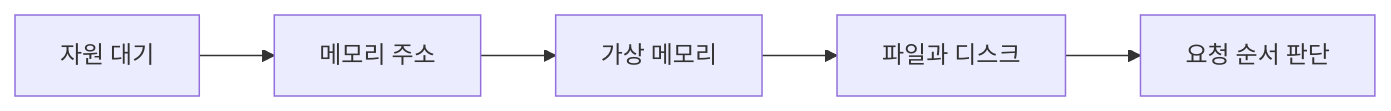
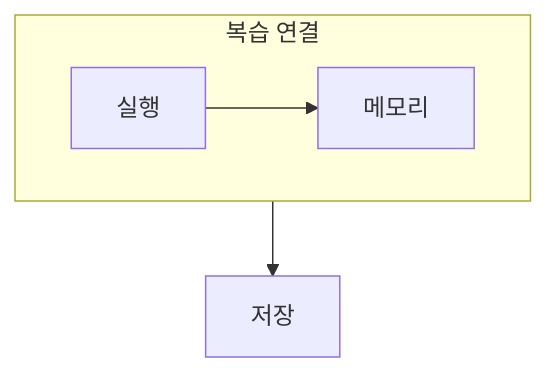
Before and after one commit to umyunsang/edu: the diagram in ComputerScience/04_systems-infrastructure/operating-systems/notes/90. 기말 복습 지도.md, drawn with Mermaid. The commit also changed other lines of this file and 20 other files, not shown here.

````diff
--- a/ComputerScience/04_systems-infrastructure/operating-systems/notes/90. 기말 복습 지도.md
+++ b/ComputerScience/04_systems-infrastructure/operating-systems/notes/90. 기말 복습 지도.md
@@ -32,7 +21,8 @@
 ```mermaid
-flowchart LR
-  A[자원 대기] --> B[메모리 주소]
-  B --> C[가상 메모리]
-  C --> D[파일과 디스크]
-  D --> E[요청 순서 판단]
+flowchart TB
+    subgraph Review["복습 연결"]
+        direction LR
+        A[실행] --> B[메모리]
+    end
+    Review --> C[저장]
 ```
````
